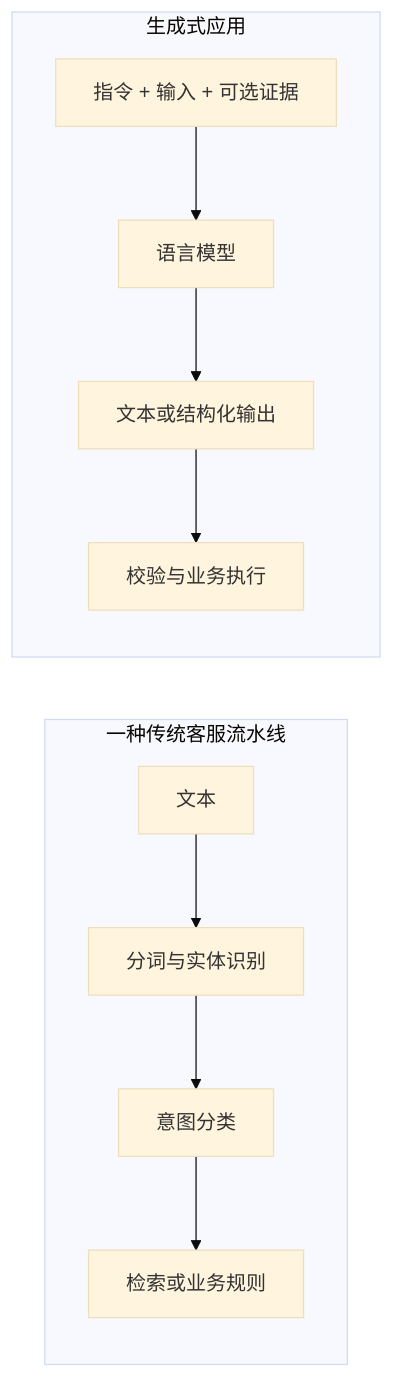
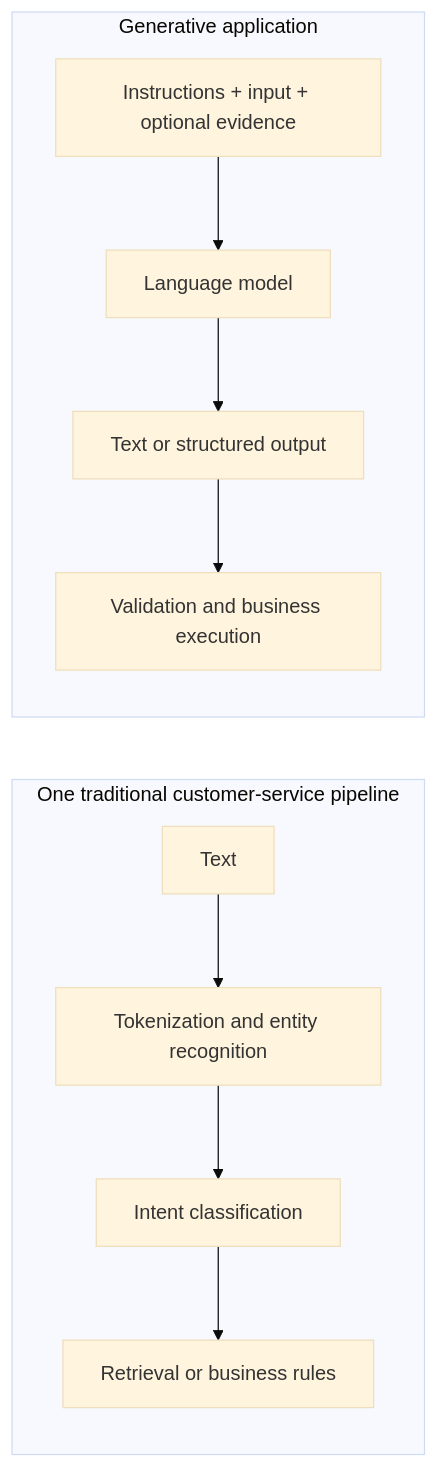
One commit to oneleaveknowsthefall/awesome-ai-roadmap changed the first of 2 diagrams in docs/llm/01-foundations/01-what-is-llm.md. Above: the diagram before and after it, drawn with Mermaid (base theme). The commit also changed other lines of this file and 92 other files, not shown here.

````diff
--- a/docs/llm/01-foundations/01-what-is-llm.md
+++ b/docs/llm/01-foundations/01-what-is-llm.md
@@ -13,13 +13,13 @@
 ```mermaid
 flowchart LR
-    subgraph PIPE["一种传统客服流水线"]
-        A["文本"] --> B["分词与实体识别"]
-        B --> C["意图分类"]
-        C --> D["检索或业务规则"]
+    subgraph PIPE["One traditional customer-service pipeline"]
+        A["Text"] --> B["Tokenization and entity recognition"]
+        B --> C["Intent classification"]
+        C --> D["Retrieval or business rules"]
     end
-    subgraph GEN["生成式应用"]
-        E["指令 + 输入 + 可选证据"] --> F["语言模型"]
-        F --> G["文本或结构化输出"]
-        G --> H["校验与业务执行"]
+    subgraph GEN["Generative application"]
+        E["Instructions + input + optional evidence"] --> F["Language model"]
+        F --> G["Text or structured output"]
+        G --> H["Validation and business execution"]
     end
 ```
````
